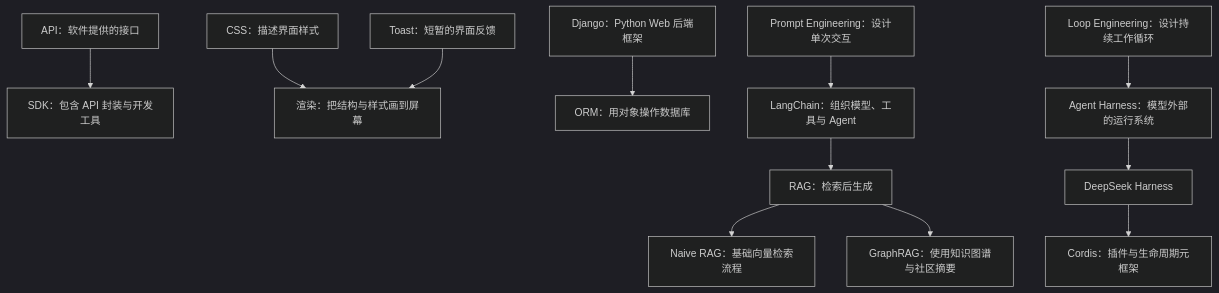
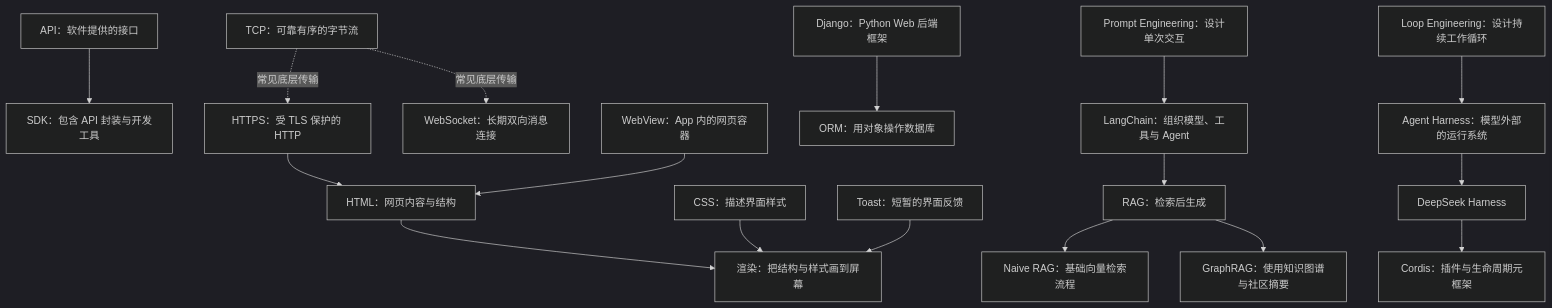
Before and after one commit to krx521920/krxstudy: the diagram in 00-导航/计算机知识库总索引.md, drawn with Mermaid (dark theme). The commit also changed other lines of this file and 6 other files, not shown here.

````diff
--- a/00-导航/计算机知识库总索引.md
+++ b/00-导航/计算机知识库总索引.md
@@ -53,14 +57,19 @@
 ```mermaid
 flowchart TD
     API["API：软件提供的接口"] --> SDK["SDK：包含 API 封装与开发工具"]
+    TCP["TCP：可靠有序的字节流"] -. "常见底层传输" .-> HTTPS["HTTPS：受 TLS 保护的 HTTP"]
+    TCP -. "常见底层传输" .-> WS["WebSocket：长期双向消息连接"]
+    HTTPS --> HTML["HTML：网页内容与结构"]
+    WebView["WebView：App 内的网页容器"] --> HTML
+    HTML --> Render["渲染：把结构与样式画到屏幕"]
     CSS["CSS：描述界面样式"] --> Render["渲染：把结构与样式画到屏幕"]
     Toast["Toast：短暂的界面反馈"] --> Render
     Django["Django：Python Web 后端框架"] --> ORM["ORM：用对象操作数据库"]
     Prompt["Prompt Engineering：设计单次交互"] --> LC["LangChain：组织模型、工具与 Agent"]
     RAG["RAG：检索后生成"] --> Naive["Naive RAG：基础向量检索流程"]
     RAG --> Graph["GraphRAG：使用知识图谱与社区摘要"]
     LC --> RAG
     Loop["Loop Engineering：设计持续工作循环"] --> Harness["Agent Harness：模型外部的运行系统"]
     Harness --> DSH["DeepSeek Harness"]
     DSH --> Cordis["Cordis：插件与生命周期元框架"]
 ```
````
